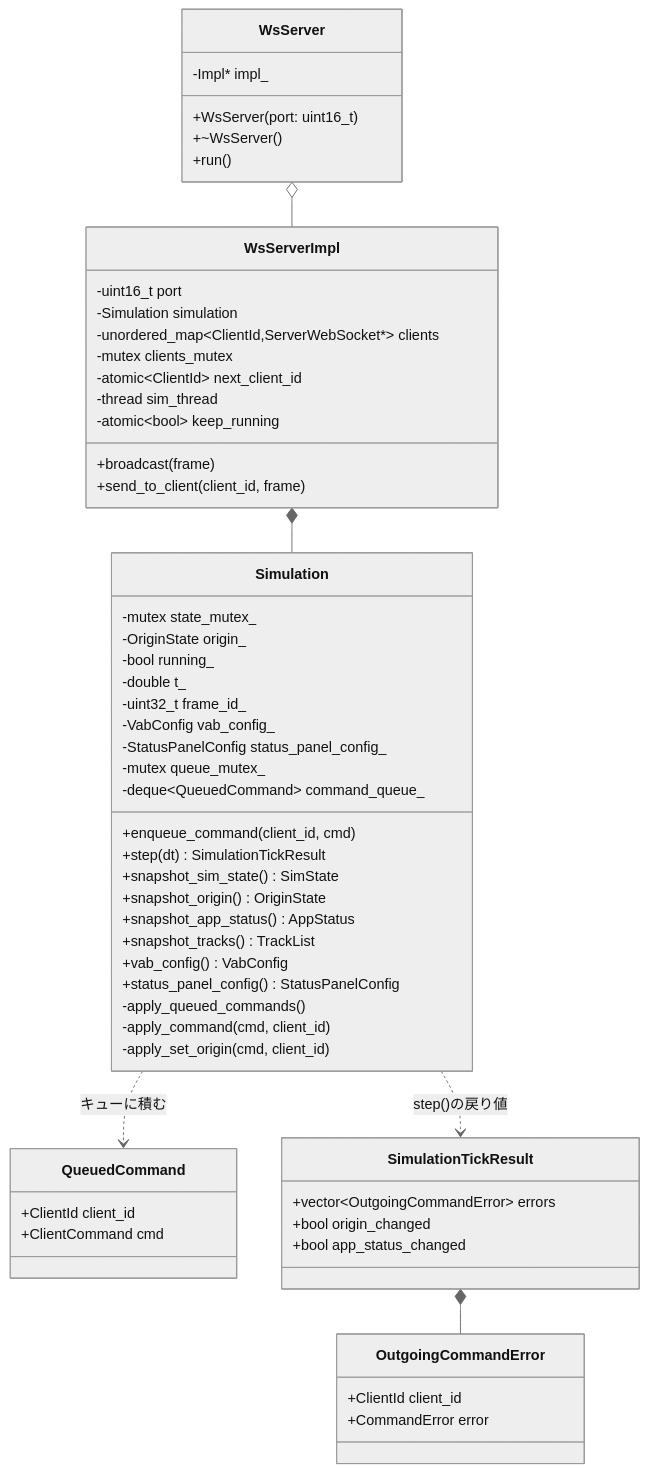
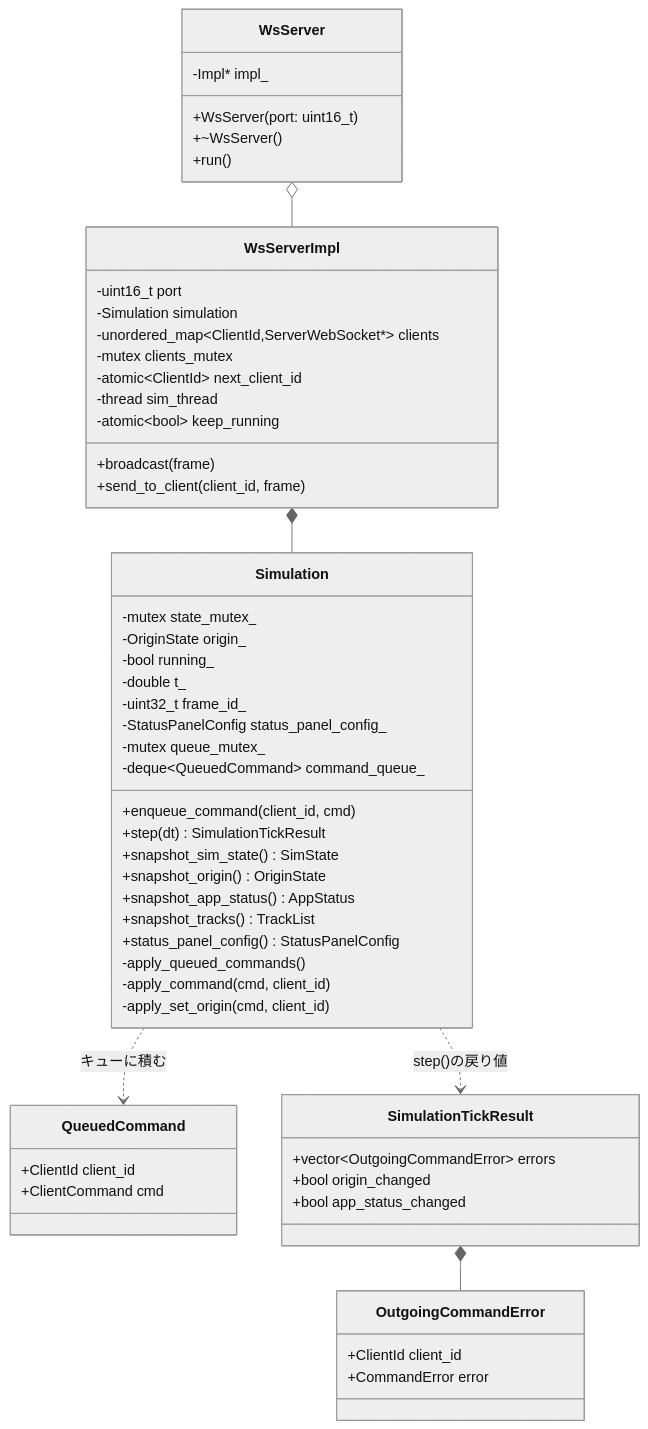
Before and after one commit to ham1a6/SimulationView: the ninth of 18 diagrams in docs/DETAILED_DESIGN.md, drawn with Mermaid (neutral theme). The commit also changed other lines of this file and 10 other files, not shown here.

````diff
--- a/docs/DETAILED_DESIGN.md
+++ b/docs/DETAILED_DESIGN.md
@@ -620,61 +600,59 @@
 ```mermaid
 classDiagram
     class WsServer {
         -Impl* impl_
         +WsServer(port: uint16_t)
         +~WsServer()
         +run()
     }
     class WsServerImpl {
         -uint16_t port
         -Simulation simulation
         -unordered_map~ClientId,ServerWebSocket*~ clients
         -mutex clients_mutex
         -atomic~ClientId~ next_client_id
         -thread sim_thread
         -atomic~bool~ keep_running
         +broadcast(frame)
         +send_to_client(client_id, frame)
     }
     class Simulation {
         -mutex state_mutex_
         -OriginState origin_
         -bool running_
         -double t_
         -uint32_t frame_id_
-        -VabConfig vab_config_
         -StatusPanelConfig status_panel_config_
         -mutex queue_mutex_
         -deque~QueuedCommand~ command_queue_
         +enqueue_command(client_id, cmd)
         +step(dt) SimulationTickResult
         +snapshot_sim_state() SimState
         +snapshot_origin() OriginState
         +snapshot_app_status() AppStatus
         +snapshot_tracks() TrackList
-        +vab_config() VabConfig
         +status_panel_config() StatusPanelConfig
         -apply_queued_commands()
         -apply_command(cmd, client_id)
         -apply_set_origin(cmd, client_id)
     }
     class QueuedCommand {
         +ClientId client_id
         +ClientCommand cmd
     }
     class SimulationTickResult {
         +vector~OutgoingCommandError~ errors
         +bool origin_changed
         +bool app_status_changed
     }
     class OutgoingCommandError {
         +ClientId client_id
         +CommandError error
     }
 
     WsServer o-- WsServerImpl
     WsServerImpl *-- Simulation
     Simulation ..> QueuedCommand : キューに積む
     Simulation ..> SimulationTickResult : step()の戻り値
     SimulationTickResult *-- OutgoingCommandError
 ```
````
